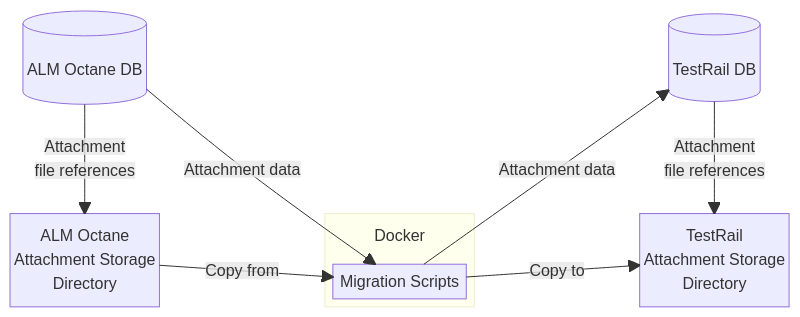
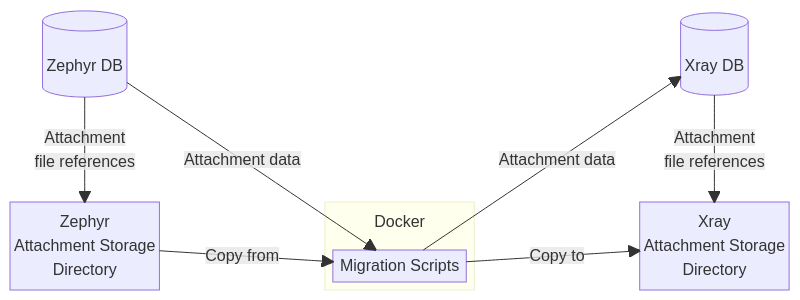
One commit to Xray-App/xray-zephyr-migration changed the second of 2 diagrams in README.md. Above: the diagram before and after it, drawn with Mermaid. The commit also changed other lines of this file, not shown here.

````diff
--- a/README.md
+++ b/README.md
@@ -50,31 +64,31 @@
 ```mermaid
 ---
 title: Attachment File Migration from ALM Octane to TestRail
 ---
 block-beta
 columns 5
 
-odb[("\nALM Octane DB")]:1
+zdb[("\nZephyr DB")]:1
 space:3
-trdb[("\nTestRail DB")]:1
+xdb[("\nXray DB")]:1
 space:5
 
-os["ALM Octane\nAttachment Storage\nDirectory"]
+zs["Zephyr\nAttachment Storage\nDirectory"]
 space:1
 block:migd["Docker\n\n\n"]
     columns 1
     space
     migrate["Migration Scripts"]
 end
 space:1
-trs["TestRail\nAttachment Storage\nDirectory"]
+xs["Xray\nAttachment Storage\nDirectory"]
 
-odb -- "Attachment\nfile references" --> os
-trdb -- "Attachment\nfile references" --> trs
+zdb -- "Attachment\nfile references" --> zs
+xdb -- "Attachment\nfile references" --> xs
 
-odb -- "Attachment data" --> migrate
-migrate -- "Attachment data" --> trdb
+zdb -- "Attachment data" --> migrate
+migrate -- "Attachment data" --> xdb
 
-os -- "Copy from" --> migrate
-migrate -- "Copy to" --> trs
+zs -- "Copy from" --> migrate
+migrate -- "Copy to" --> xs
 ```
````
